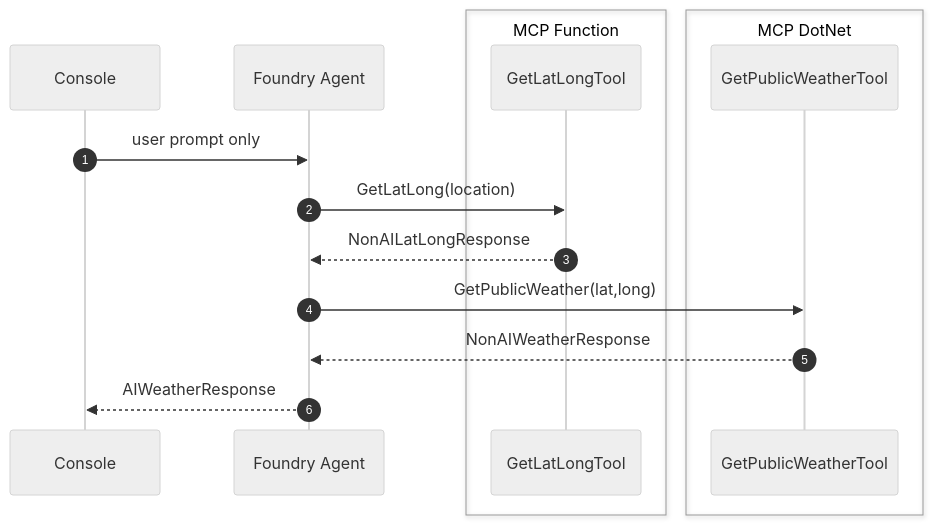
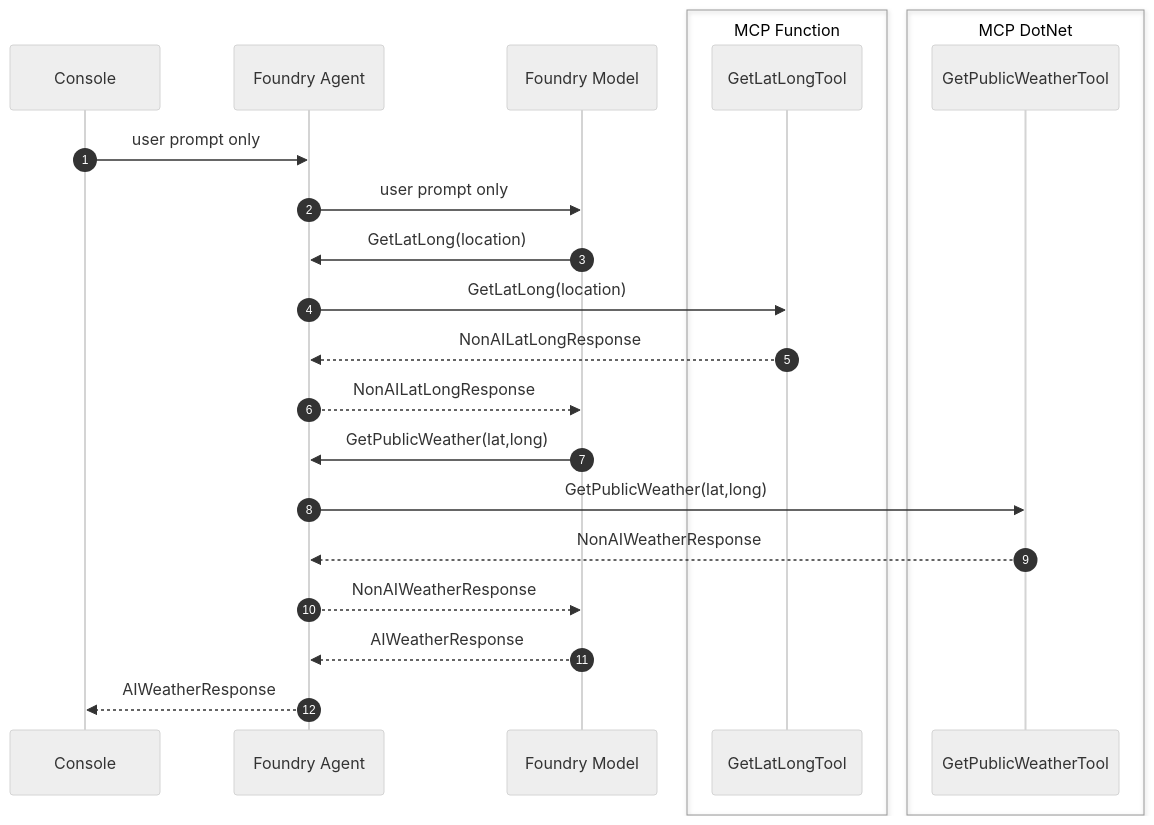
The fifth of 5 diagrams in docs/4-demystifying-foundry-agents-mcp/demystifying-foundry-agents-mcp.md (dustinkorzaan/weather-1116), drawn with Mermaid (neutral theme) before and after one commit. The commit also changed other lines of this file and 3 other files, not shown here.

First line of the commit message:
Consolidate looping diagrams into main Foundry doc

````diff
--- a/docs/4-demystifying-foundry-agents-mcp/demystifying-foundry-agents-mcp.md
+++ b/docs/4-demystifying-foundry-agents-mcp/demystifying-foundry-agents-mcp.md
@@ -133,19 +147,26 @@
   ```mermaid
   sequenceDiagram
       autonumber
       participant Console
       participant Agent as Foundry Agent
+      participant Model as Foundry Model
       box MCP Function
           participant GetLatLongTool
       end
       box MCP DotNet
           participant GetPublicWeatherTool
       end
 
       Console->>Agent: user prompt only
+      Agent->>Model: user prompt only
+      Model->>Agent: GetLatLong(location)
       Agent->>GetLatLongTool: GetLatLong(location)
       GetLatLongTool-->>Agent: NonAILatLongResponse
+      Agent-->>Model: NonAILatLongResponse
+      Model->>Agent: GetPublicWeather(lat,long)
       Agent->>GetPublicWeatherTool: GetPublicWeather(lat,long)
       GetPublicWeatherTool-->>Agent: NonAIWeatherResponse
+      Agent-->>Model: NonAIWeatherResponse
+      Model-->>Agent: AIWeatherResponse
       Agent-->>Console: AIWeatherResponse
   ```
````
